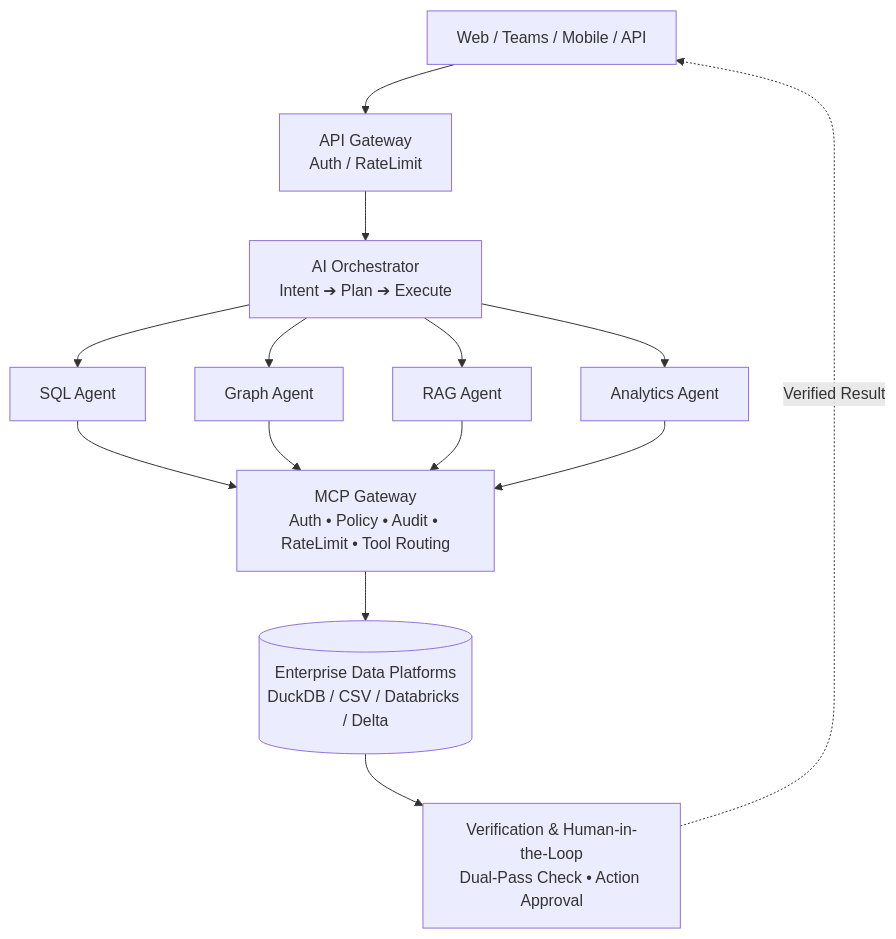
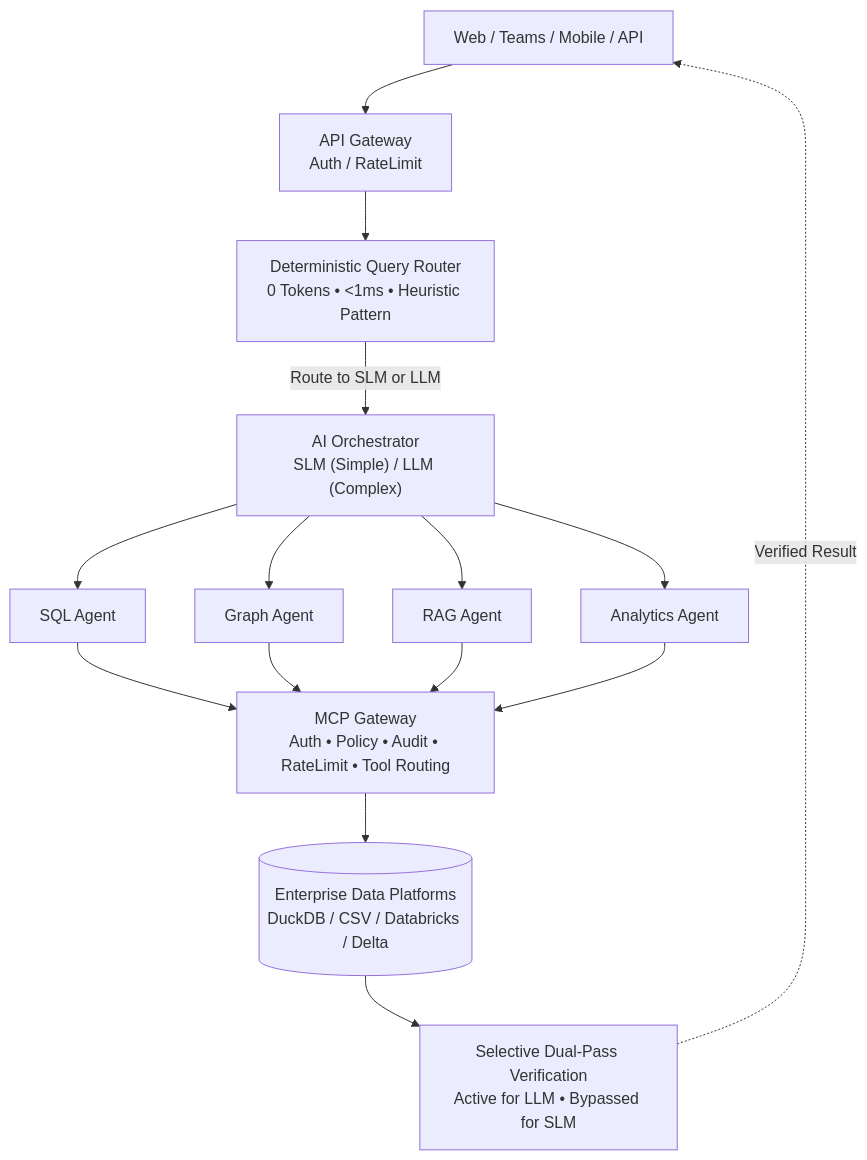
One commit to Soumyadipta2020/Utilities-Knowledge-Hub changed the diagram in README.md. Above: the diagram before and after it, drawn with Mermaid. The commit also changed other lines of this file and 7 other files, not shown here.

````diff
--- a/README.md
+++ b/README.md
@@ -132,36 +143,39 @@
 ```mermaid
 flowchart TD
     Client["Web / Teams / Mobile / API"]
     
     APIGateway["API Gateway<br/>Auth / RateLimit"]
     
-    Orchestrator["AI Orchestrator<br/>Intent ➔ Plan ➔ Execute"]
+    Classifier["Deterministic Query Router<br/>0 Tokens • <1ms • Heuristic Pattern"]
+    
+    Orchestrator["AI Orchestrator<br/>SLM (Simple) / LLM (Complex)"]
     
     SQLAgent["SQL Agent"]
     GraphAgent["Graph Agent"]
     RAGAgent["RAG Agent"]
     AnalyticsAgent["Analytics Agent"]
     
     MCPGateway["MCP Gateway<br/>Auth • Policy • Audit • RateLimit • Tool Routing"]
     
     DataSources[("Enterprise Data Platforms<br/>DuckDB / CSV / Databricks / Delta")]
     
-    Verification["Verification & Human-in-the-Loop<br/>Dual-Pass Check • Action Approval"]
+    Verification["Selective Dual-Pass Verification<br/>Active for LLM • Bypassed for SLM"]
 
     Client --> APIGateway
-    APIGateway --> Orchestrator
+    APIGateway --> Classifier
+    Classifier -->|Route to SLM or LLM| Orchestrator
     
     Orchestrator --> SQLAgent
     Orchestrator --> GraphAgent
     Orchestrator --> RAGAgent
     Orchestrator --> AnalyticsAgent
     
     SQLAgent --> MCPGateway
     GraphAgent --> MCPGateway
     RAGAgent --> MCPGateway
     AnalyticsAgent --> MCPGateway
     
     MCPGateway --> DataSources
     DataSources --> Verification
     Verification -.->|Verified Result| Client
 ```
````
